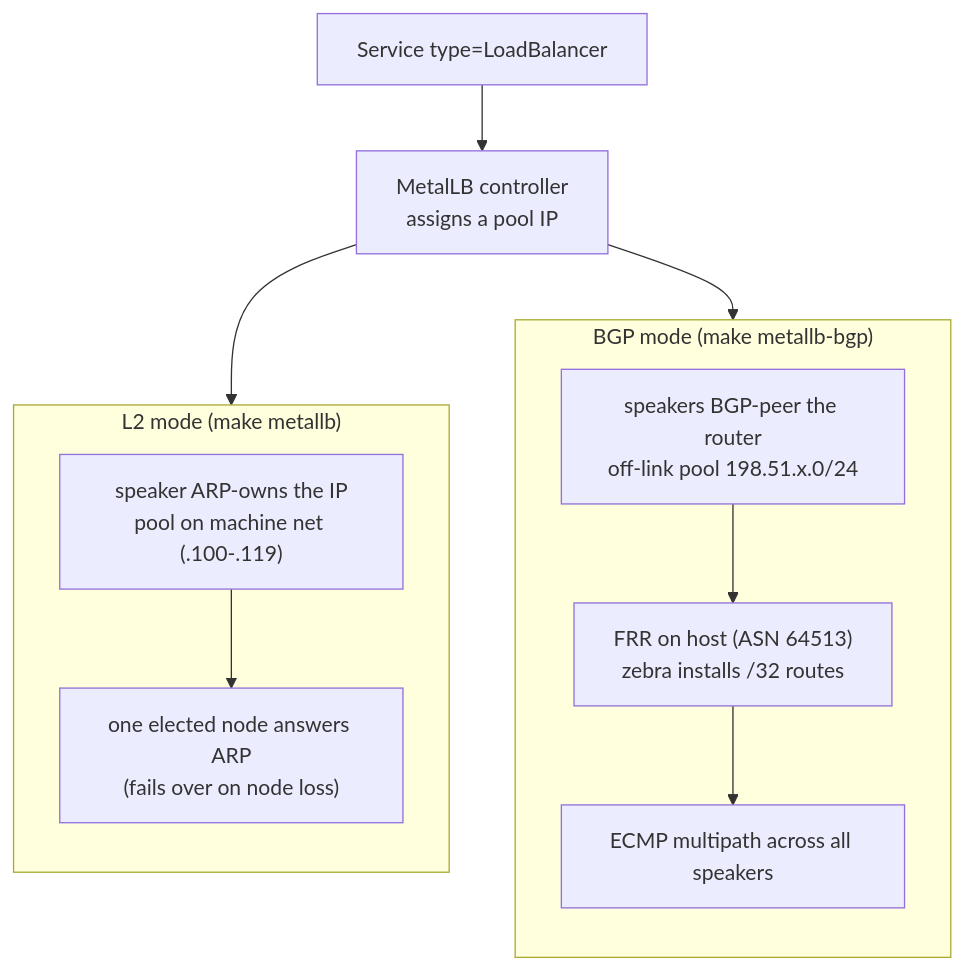
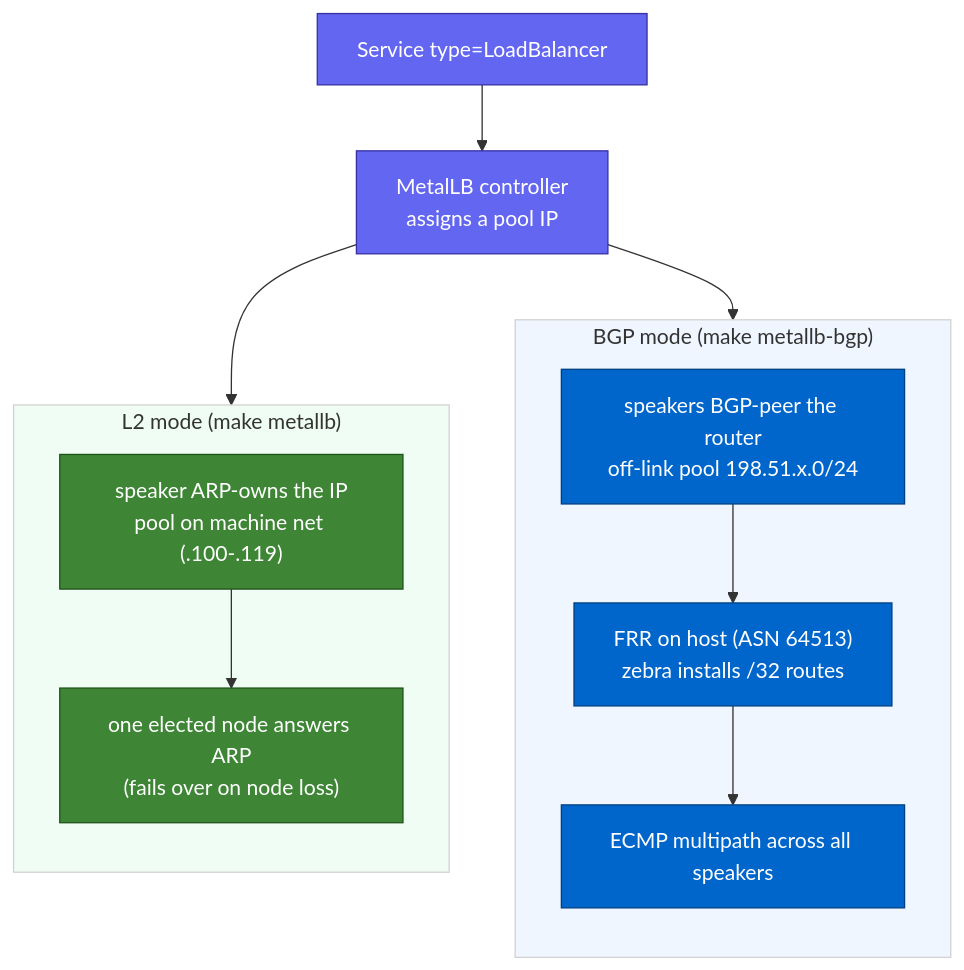
Before and after one commit to maci0/vmetal-openshift: the second of 10 diagrams in docs/architecture.md, drawn with Mermaid. The commit also changed other lines of this file and 14 other files, not shown here.

First line of the commit message:
docs: colour the diagrams (Red Hat refarch palette), drop beautiful-mermaid pipeline

````diff
--- a/docs/architecture.md
+++ b/docs/architecture.md
@@ -88,18 +92,23 @@
 ```mermaid
 flowchart TB
   svc["Service type=LoadBalancer"] --> ctl["MetalLB controller<br/>assigns a pool IP"]
   ctl --> l2box
   ctl --> bgpbox
   subgraph l2box["L2 mode (make metallb)"]
     direction TB
     l2["speaker ARP-owns the IP<br/>pool on machine net (.100-.119)"]
     l2 --> l2n["one elected node answers ARP<br/>(fails over on node loss)"]
   end
   subgraph bgpbox["BGP mode (make metallb-bgp)"]
     direction TB
     bgp["speakers BGP-peer the router<br/>off-link pool 198.51.x.0/24"]
     bgp --> frr["FRR on host (ASN 64513)<br/>zebra installs /32 routes"]
     frr --> ecmp["ECMP multipath across all speakers"]
   end
-
+  classDef ctl fill:#6366f1,stroke:#3730a3,color:#fff;
+  classDef l2c fill:#3e8635,stroke:#1f5419,color:#fff;
+  classDef bgpc fill:#0066cc,stroke:#004080,color:#fff;
+  class svc,ctl ctl; class l2,l2n l2c; class bgp,frr,ecmp bgpc;
+  style l2box fill:#f0fdf4,stroke:#d2d2d2;
+  style bgpbox fill:#eff6ff,stroke:#d2d2d2;
 ```
````
